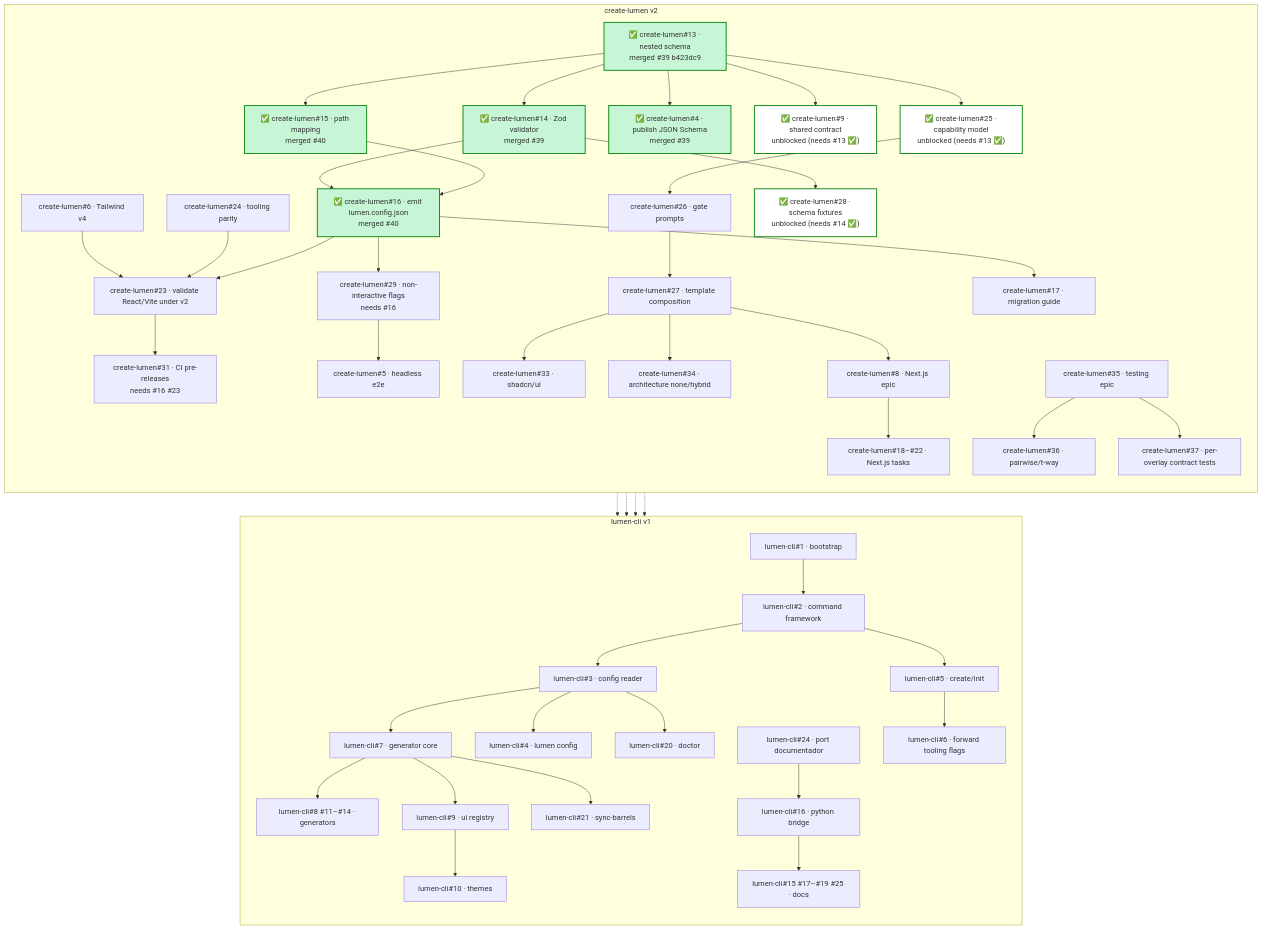
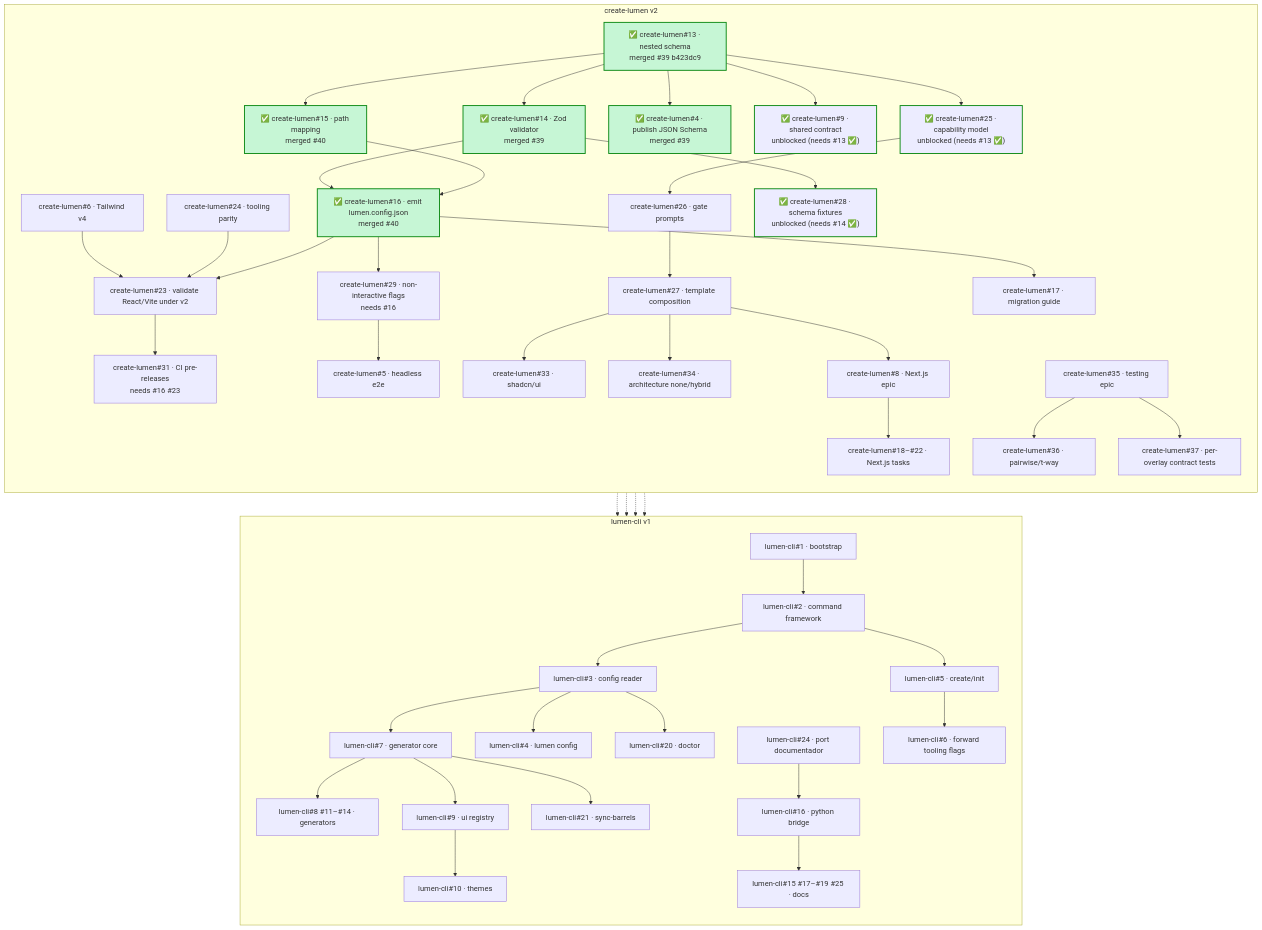
The second of 5 diagrams in docs/PLAN.md (LUMEN-SH/create-lumen), drawn with Mermaid before and after one commit.

Commit message:
docs: update styles for dependency graph nodes in PLAN.md

```diff
--- a/docs/PLAN.md
+++ b/docs/PLAN.md
@@ -80,9 +80,9 @@
         style CreateLumen15 fill:#c6f6d5,stroke:#0e8a16,stroke-width:2px
         style CreateLumen16 fill:#c6f6d5,stroke:#0e8a16,stroke-width:2px
         style CreateLumen4 fill:#c6f6d5,stroke:#0e8a16,stroke-width:2px
-        style CreateLumen9 stroke:#0e8a16,stroke-width:2px,fill:#fff
-        style CreateLumen25 stroke:#0e8a16,stroke-width:2px,fill:#fff
-        style CreateLumen28 stroke:#0e8a16,stroke-width:2px,fill:#fff
+        style CreateLumen9 stroke:#0e8a16,stroke-width:2px
+        style CreateLumen25 stroke:#0e8a16,stroke-width:2px
+        style CreateLumen28 stroke:#0e8a16,stroke-width:2px
     end
 
     subgraph LC["lumen-cli v1"]
```
